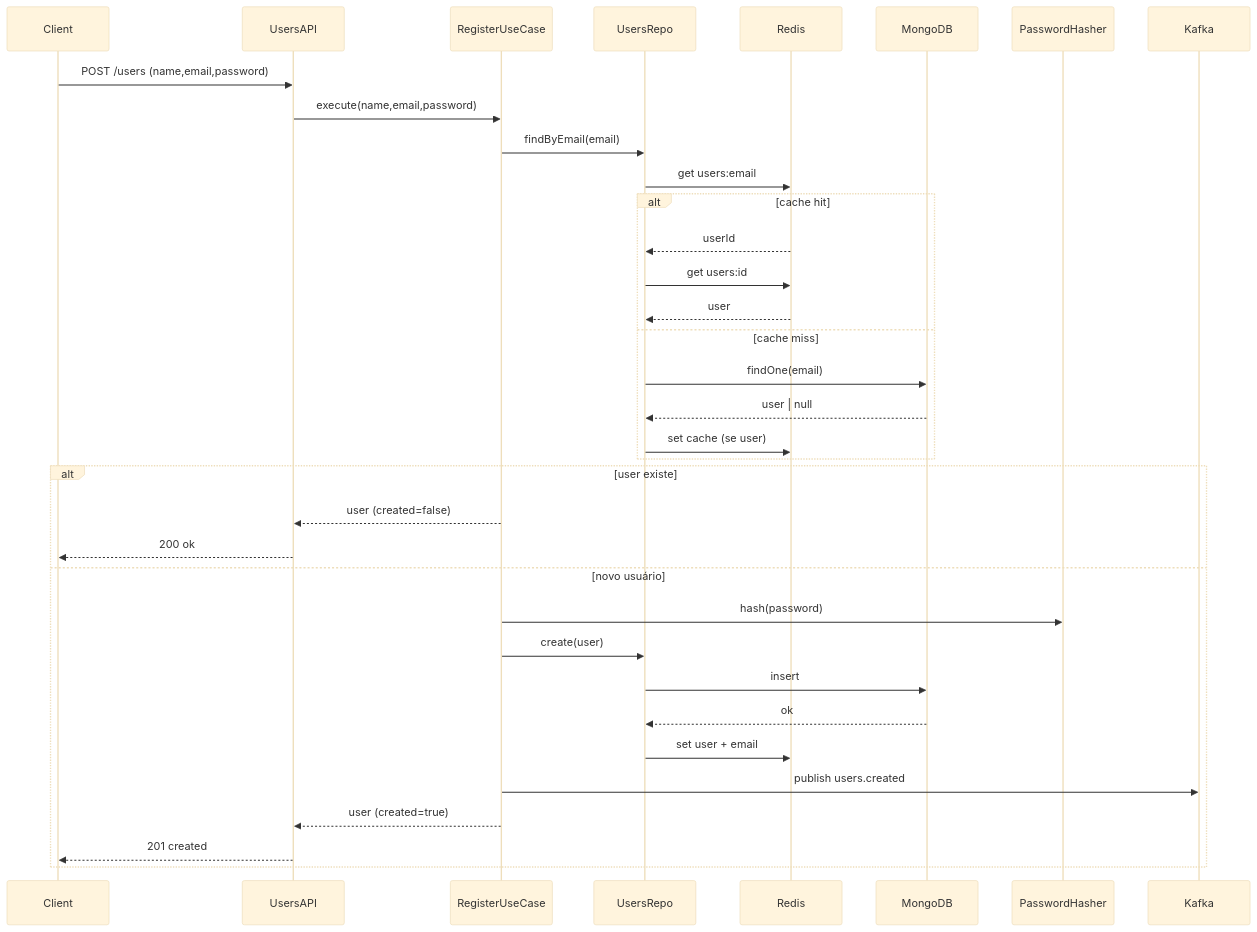
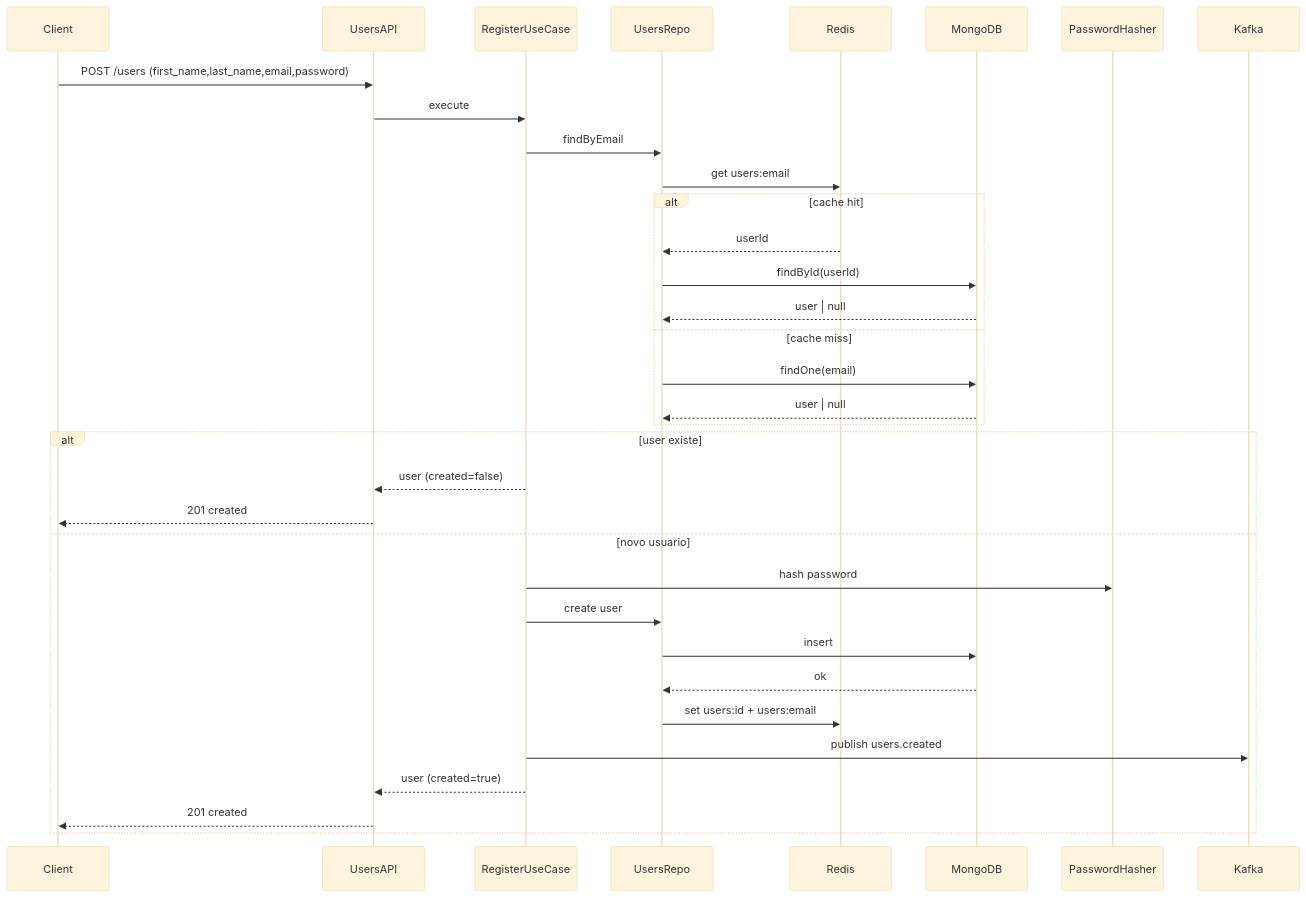
One commit to rodrigocardosodev/ilia-nodejs-challenge changed the first of 7 diagrams in README.md. Above: the diagram before and after it, drawn with Mermaid (base theme). The commit also changed other lines of this file and 36 other files, not shown here.

````diff
--- a/README.md
+++ b/README.md
@@ -114,38 +114,37 @@
 ```mermaid
 sequenceDiagram
     participant Client
     participant UsersAPI
     participant RegisterUseCase
     participant UsersRepo
     participant Redis
     participant MongoDB
     participant PasswordHasher
     participant Kafka
 
-    Client->>UsersAPI: POST /users (name,email,password)
-    UsersAPI->>RegisterUseCase: execute(name,email,password)
-    RegisterUseCase->>UsersRepo: findByEmail(email)
+    Client->>UsersAPI: POST /users (first_name,last_name,email,password)
+    UsersAPI->>RegisterUseCase: execute
+    RegisterUseCase->>UsersRepo: findByEmail
     UsersRepo->>Redis: get users:email
     alt cache hit
         Redis-->>UsersRepo: userId
-        UsersRepo->>Redis: get users:id
-        Redis-->>UsersRepo: user
+        UsersRepo->>MongoDB: findById(userId)
+        MongoDB-->>UsersRepo: user | null
     else cache miss
         UsersRepo->>MongoDB: findOne(email)
         MongoDB-->>UsersRepo: user | null
-        UsersRepo->>Redis: set cache (se user)
     end
     alt user existe
         RegisterUseCase-->>UsersAPI: user (created=false)
-        UsersAPI-->>Client: 200 ok
-    else novo usuário
-        RegisterUseCase->>PasswordHasher: hash(password)
-        RegisterUseCase->>UsersRepo: create(user)
+        UsersAPI-->>Client: 201 created
+    else novo usuario
+        RegisterUseCase->>PasswordHasher: hash password
+        RegisterUseCase->>UsersRepo: create user
         UsersRepo->>MongoDB: insert
         MongoDB-->>UsersRepo: ok
-        UsersRepo->>Redis: set user + email
+        UsersRepo->>Redis: set users:id + users:email
         RegisterUseCase->>Kafka: publish users.created
         RegisterUseCase-->>UsersAPI: user (created=true)
         UsersAPI-->>Client: 201 created
     end
 ```
````
